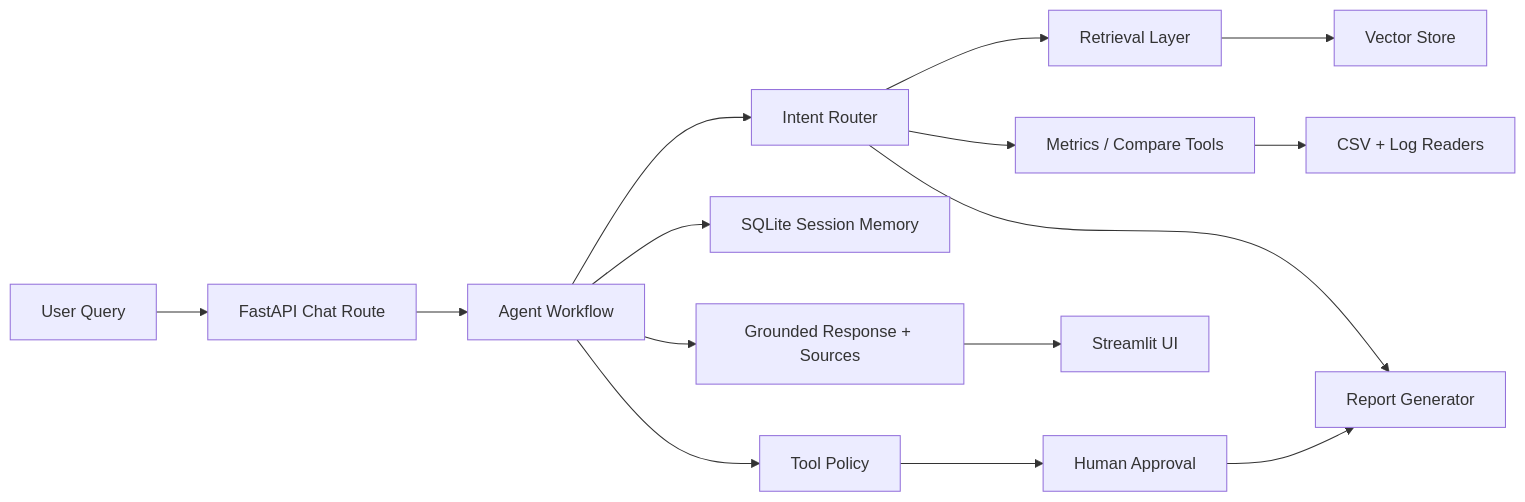
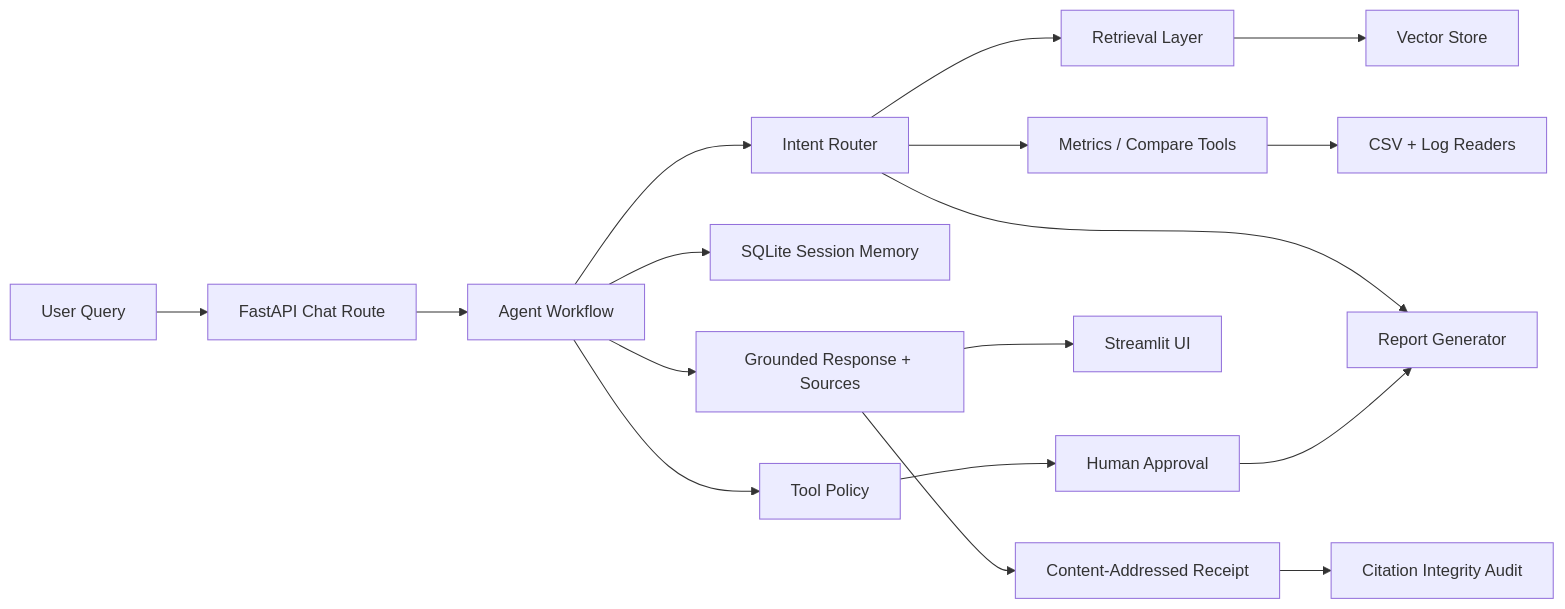
Before and after one commit to Ikteder/llm-agent-workflows: the diagram in README.md, drawn with Mermaid. The commit also changed other lines of this file and 26 other files, not shown here.

Commit message:
Add content-addressed grounding receipts

````diff
--- a/README.md
+++ b/README.md
@@ -96,17 +122,19 @@
 ```mermaid
 flowchart LR
     A["User Query"] --> B["FastAPI Chat Route"]
     B --> C["Agent Workflow"]
     C --> D["Intent Router"]
     D --> E["Retrieval Layer"]
     D --> F["Metrics / Compare Tools"]
     D --> G["Report Generator"]
     E --> H["Vector Store"]
     F --> I["CSV + Log Readers"]
     C --> J["SQLite Session Memory"]
     C --> K["Grounded Response + Sources"]
+    K --> O["Content-Addressed Receipt"]
+    O --> P["Citation Integrity Audit"]
     K --> L["Streamlit UI"]
     C --> M["Tool Policy"]
     M --> N["Human Approval"]
     N --> G
 ```
````
